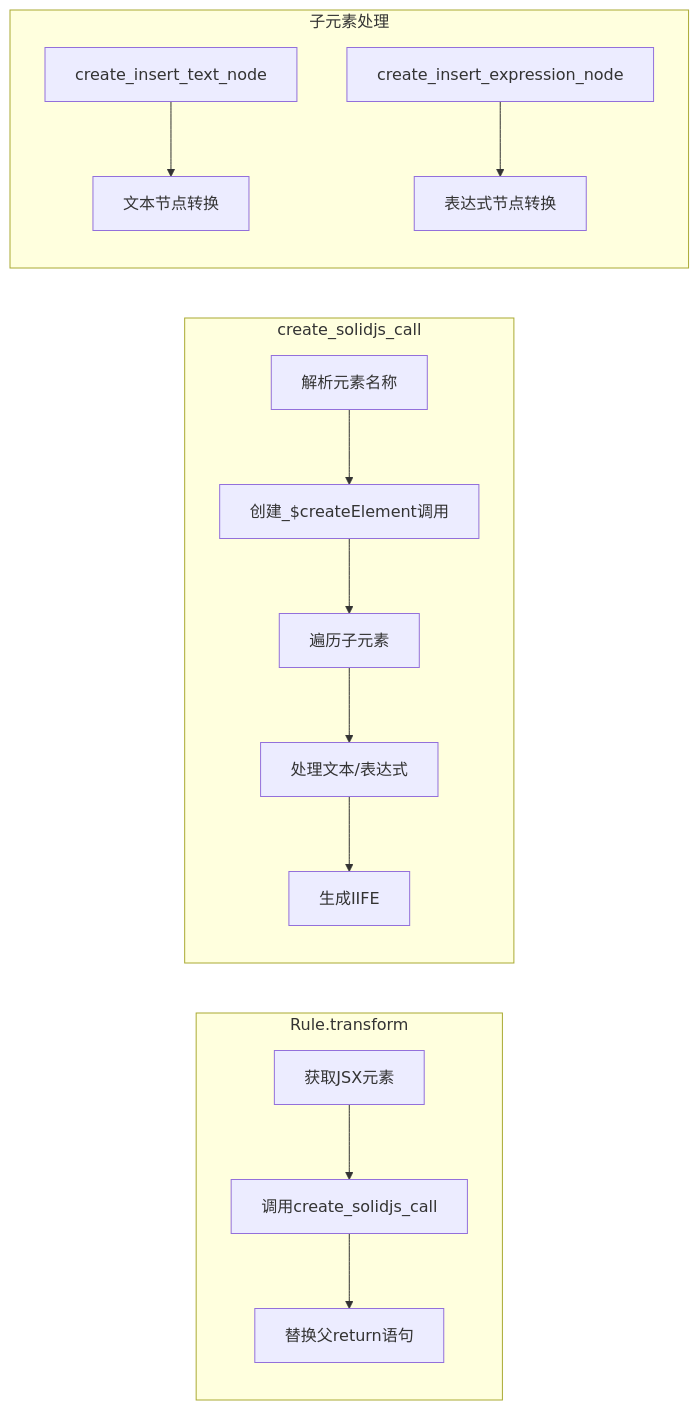
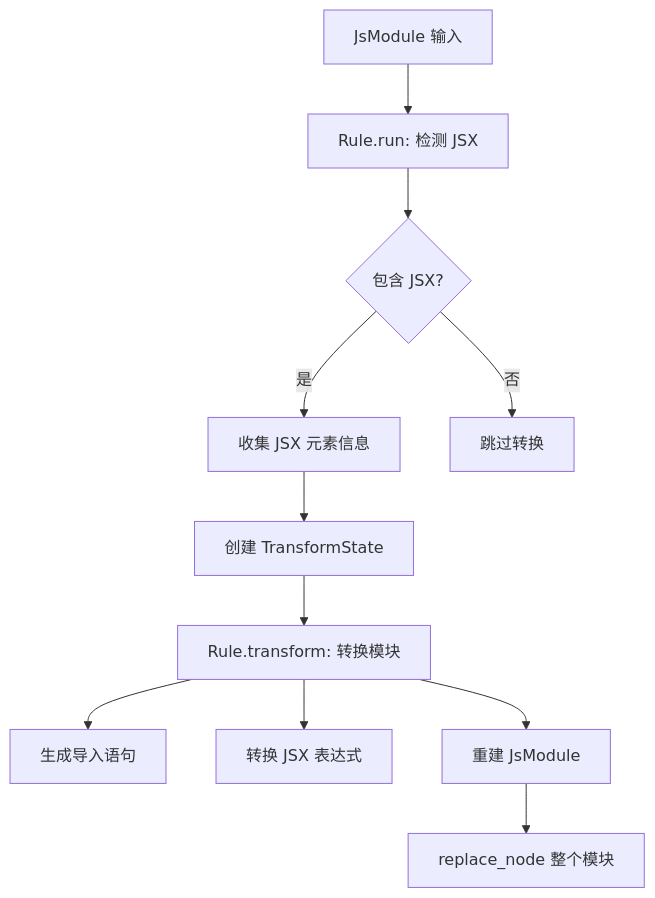
The diagram in packages/sapling_transformer/todo.md (idealjs/sapling), drawn with Mermaid before and after one commit. The commit also changed other lines of this file and 18 other files, not shown here.

````diff
--- a/packages/sapling_transformer/todo.md
+++ b/packages/sapling_transformer/todo.md
@@ -37,19 +20,13 @@
 ```mermaid
-flowchart LR
-    subgraph "Rule.transform"
-        A1[获取JSX元素] --> A2[调用create_solidjs_call]
-        A2 --> A3[替换父return语句]
-    end
-    
-    subgraph "create_solidjs_call"
-        B1[解析元素名称] --> B2[创建_$createElement调用]
-        B2 --> B3[遍历子元素]
-        B3 --> B4[处理文本/表达式]
-        B4 --> B5[生成IIFE]
-    end
-    
-    subgraph "子元素处理"
-        C1[create_insert_text_node] --> C2[文本节点转换]
-        C3[create_insert_expression_node] --> C4[表达式节点转换]
-    end
+flowchart TD
+    A[JsModule 输入] --> B[Rule.run: 检测 JSX]
+    B --> C{包含 JSX?}
+    C -->|是| D[收集 JSX 元素信息]
+    C -->|否| E[跳过转换]
+    D --> F[创建 TransformState]
+    F --> G[Rule.transform: 转换模块]
+    G --> H[生成导入语句]
+    G --> I[转换 JSX 表达式]
+    G --> J[重建 JsModule]
+    J --> K[replace_node 整个模块]
 ```
````
